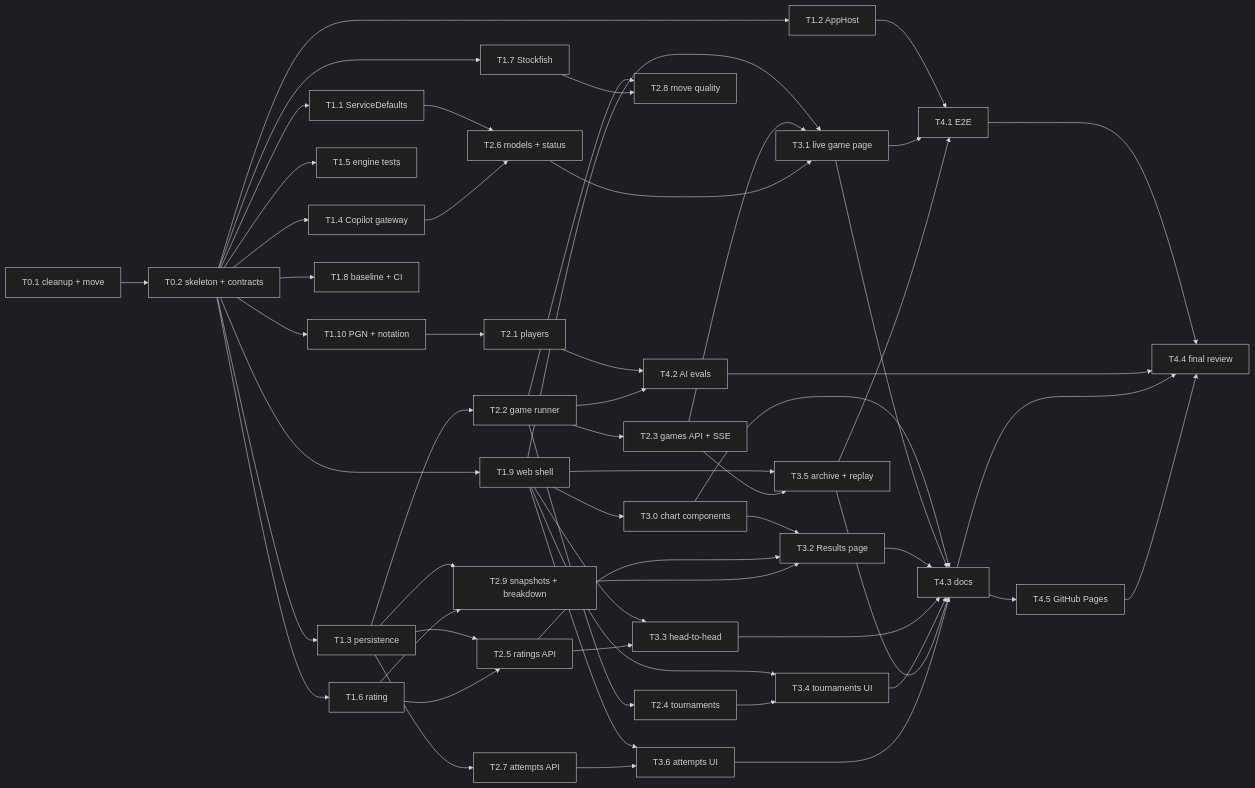
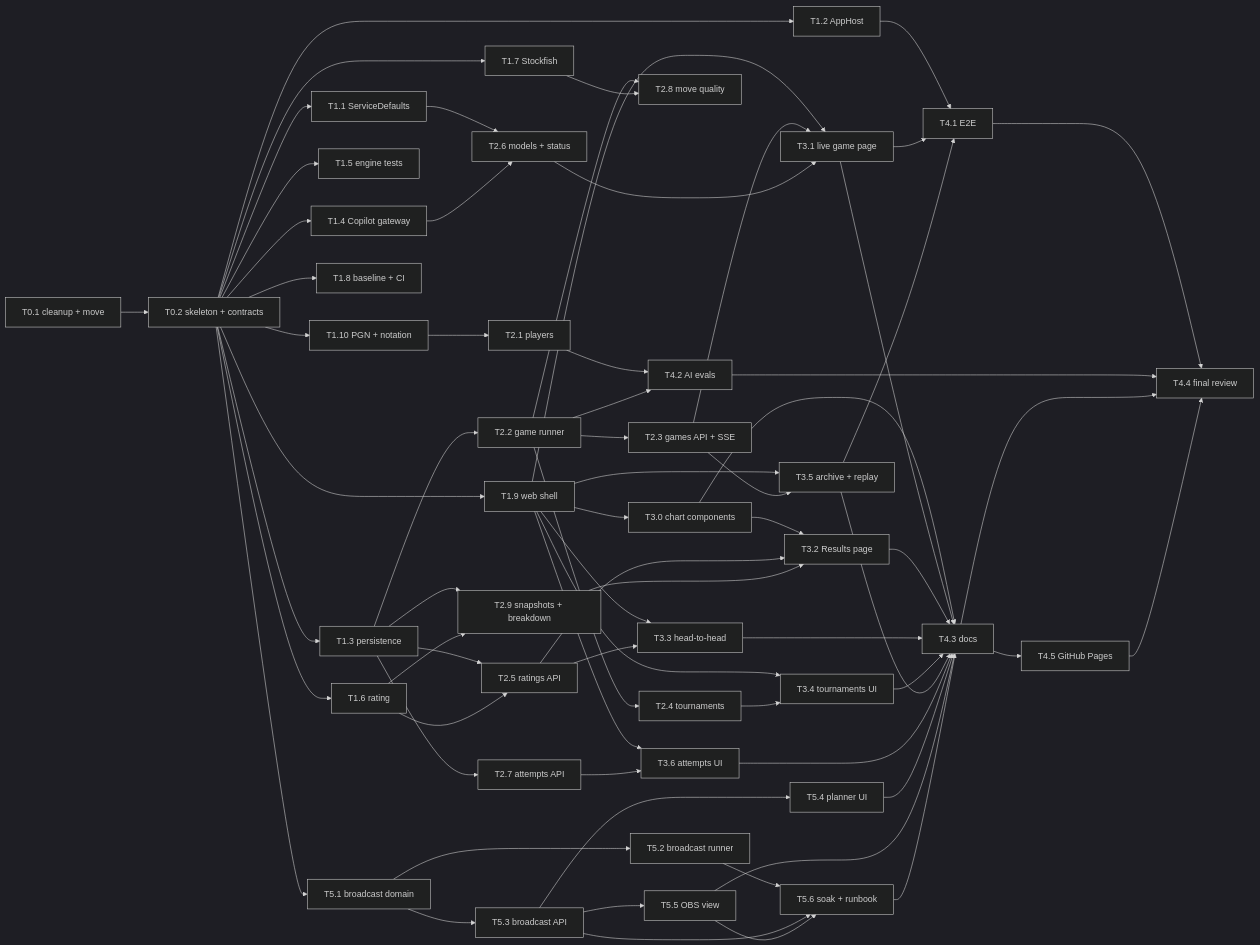
Before and after one commit to konradcinkusz/llm-multi-agent-chess: the diagram in docs/architecture/04-MIGRATION-PLAN.md, drawn with Mermaid (dark theme). The commit also changed other lines of this file and 3 other files, not shown here.

````diff
--- a/docs/architecture/04-MIGRATION-PLAN.md
+++ b/docs/architecture/04-MIGRATION-PLAN.md
@@ -24,26 +24,30 @@
 ```mermaid
 flowchart LR
     T01[T0.1 cleanup + move] --> T02[T0.2 skeleton + contracts]
     T02 --> T11[T1.1 ServiceDefaults] & T12[T1.2 AppHost] & T13[T1.3 persistence] & T14[T1.4 Copilot gateway]
     T02 --> T15[T1.5 engine tests] & T16[T1.6 rating] & T17[T1.7 Stockfish] & T18[T1.8 baseline + CI]
     T02 --> T19[T1.9 web shell] & T110[T1.10 PGN + notation]
     T110 --> T21[T2.1 players]
     T13 --> T22[T2.2 game runner]
     T22 --> T23[T2.3 games API + SSE] & T24[T2.4 tournaments] & T28[T2.8 move quality]
     T17 --> T28
     T13 & T16 --> T25[T2.5 ratings API] & T29[T2.9 snapshots + breakdown]
     T11 & T14 --> T26[T2.6 models + status]
     T13 --> T27[T2.7 attempts API]
     T19 & T23 & T26 --> T31[T3.1 live game page]
     T19 --> T30[T3.0 chart components]
     T30 & T25 & T29 --> T32[T3.2 Results page]
     T19 & T25 --> T33[T3.3 head-to-head]
     T19 & T24 --> T34[T3.4 tournaments UI]
     T19 & T23 --> T35[T3.5 archive + replay]
     T19 & T27 --> T36[T3.6 attempts UI]
     T12 & T31 & T35 --> T41[T4.1 E2E]
     T21 & T22 --> T42[T4.2 AI evals]
     T30 & T31 & T32 & T33 & T34 & T35 & T36 --> T43[T4.3 docs]
+    T02 --> T51[T5.1 broadcast domain] --> T52[T5.2 broadcast runner] & T53[T5.3 broadcast API]
+    T53 --> T54[T5.4 planner UI] & T55[T5.5 OBS view]
+    T52 & T53 & T55 --> T56[T5.6 soak + runbook]
+    T54 & T55 & T56 --> T43
     T43 --> T45[T4.5 GitHub Pages]
     T41 & T42 & T43 & T45 --> T44[T4.4 final review]
 ```
````
